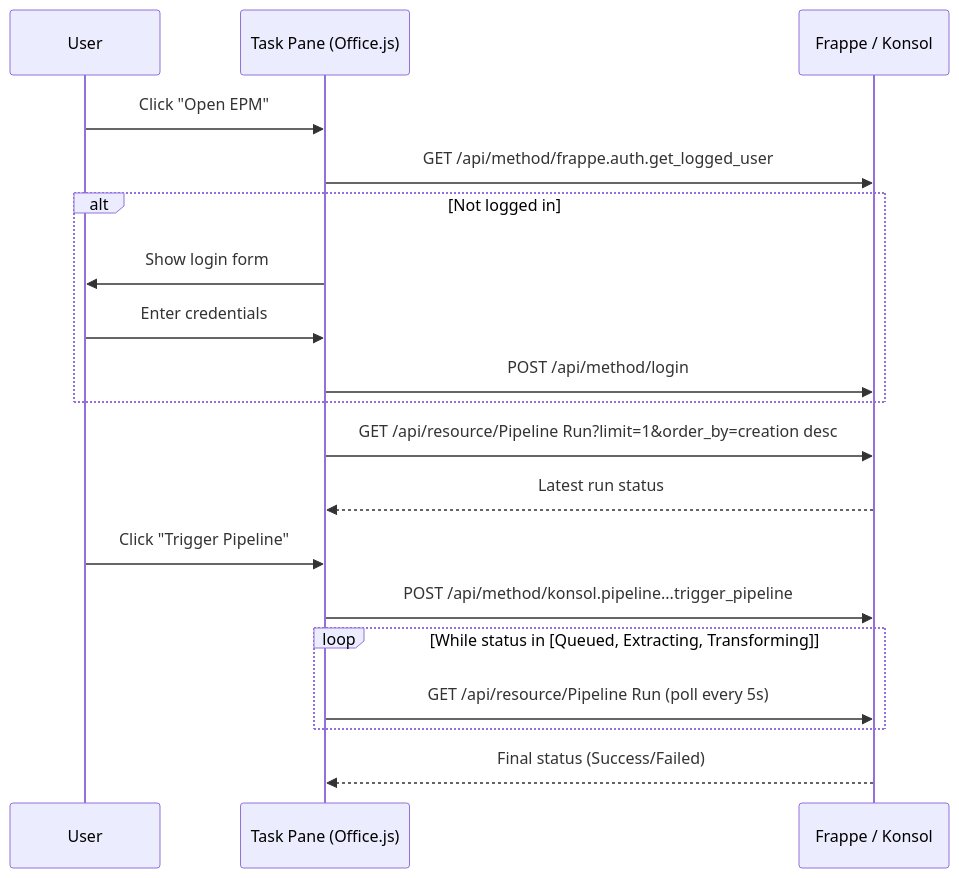
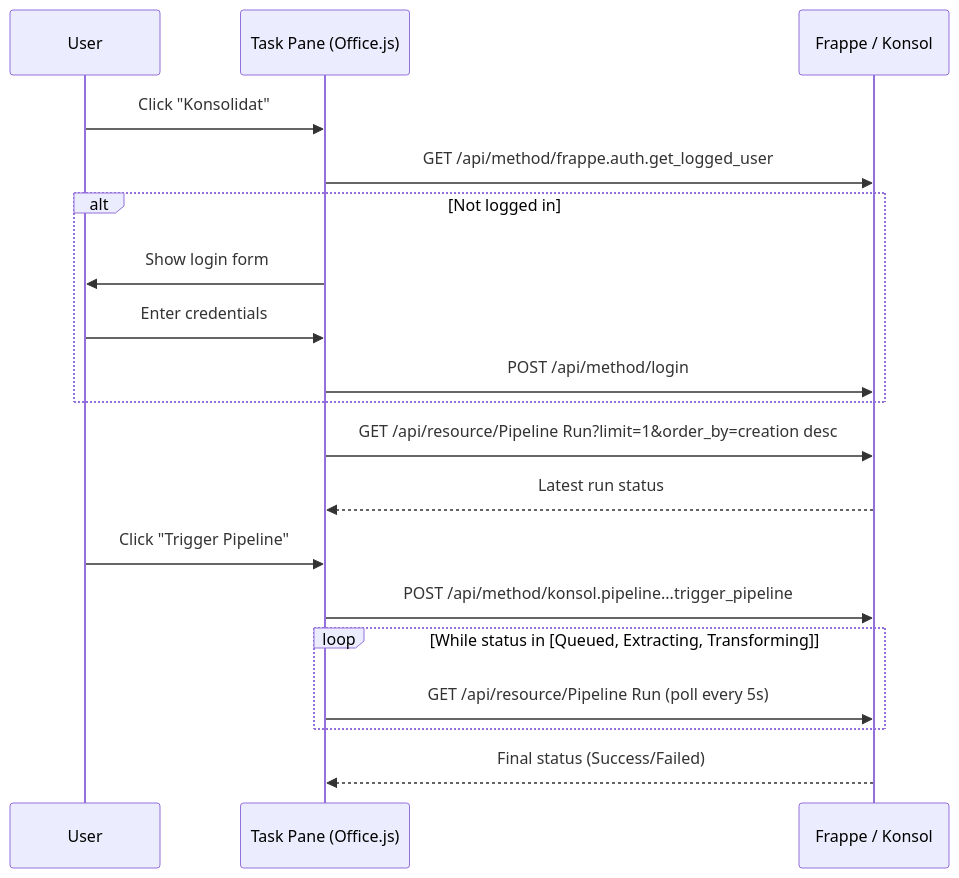
One commit to grynn-in/konsolidat changed the diagram in docs/user-guide/excel-taskpane-guide.md. Above: the diagram before and after it, drawn with Mermaid. The commit also changed other lines of this file and 43 other files, not shown here.

First line of the commit message:
rebrand: rename Open EPM → Konsolidat across all docs

````diff
--- a/docs/user-guide/excel-taskpane-guide.md
+++ b/docs/user-guide/excel-taskpane-guide.md
@@ -76,22 +76,22 @@
 ```mermaid
 sequenceDiagram
     participant User
     participant TaskPane as Task Pane (Office.js)
     participant Frappe as Frappe / Konsol
 
-    User->>TaskPane: Click "Open EPM"
+    User->>TaskPane: Click "Konsolidat"
     TaskPane->>Frappe: GET /api/method/frappe.auth.get_logged_user
     alt Not logged in
         TaskPane->>User: Show login form
         User->>TaskPane: Enter credentials
         TaskPane->>Frappe: POST /api/method/login
     end
     TaskPane->>Frappe: GET /api/resource/Pipeline Run?limit=1&order_by=creation desc
     Frappe-->>TaskPane: Latest run status
     User->>TaskPane: Click "Trigger Pipeline"
     TaskPane->>Frappe: POST /api/method/konsol.pipeline...trigger_pipeline
     loop While status in [Queued, Extracting, Transforming]
         TaskPane->>Frappe: GET /api/resource/Pipeline Run (poll every 5s)
     end
     Frappe-->>TaskPane: Final status (Success/Failed)
 ```
````
